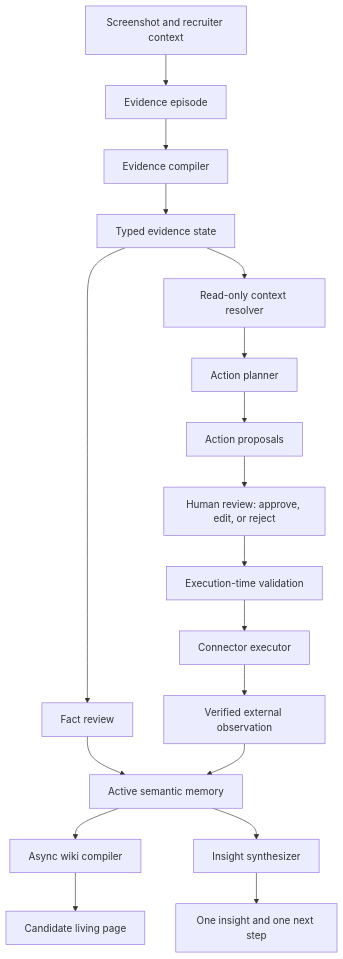
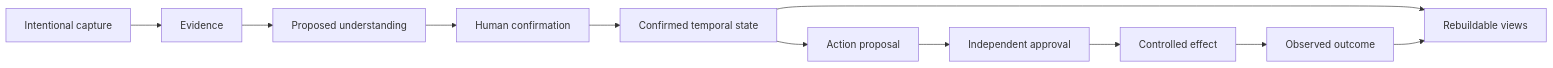
One commit to getyak/talent-signal changed the diagram in docs/architecture.md. Above: the diagram before and after it, drawn with Mermaid. The commit also changed other lines of this file and 53 other files, not shown here.

````diff
--- a/docs/architecture.md
+++ b/docs/architecture.md
@@ -139,20 +64,13 @@
 ```mermaid
-flowchart TB
-    S["Screenshot and recruiter context"] --> E["Evidence episode"]
-    E --> C["Evidence compiler"]
-    C --> IR["Typed evidence state"]
-    IR --> R["Read-only context resolver"]
-    R --> P["Action planner"]
-    P --> A["Action proposals"]
-    A --> H["Human review: approve, edit, or reject"]
-    H --> V["Execution-time validation"]
-    V --> X["Connector executor"]
-    X --> O["Verified external observation"]
-    IR --> F["Fact review"]
-    F --> M["Active semantic memory"]
-    O --> M
-    M --> W["Async wiki compiler"]
-    M --> I["Insight synthesizer"]
-    W --> Q["Candidate living page"]
-    I --> N["One insight and one next step"]
+flowchart LR
+    A["Intentional capture"] --> B["Evidence"]
+    B --> C["Proposed understanding"]
+    C --> D["Human confirmation"]
+    D --> E["Confirmed temporal state"]
+    E --> F["Action proposal"]
+    F --> G["Independent approval"]
+    G --> H["Controlled effect"]
+    H --> I["Observed outcome"]
+    E --> J["Rebuildable views"]
+    I --> J
 ```
````
